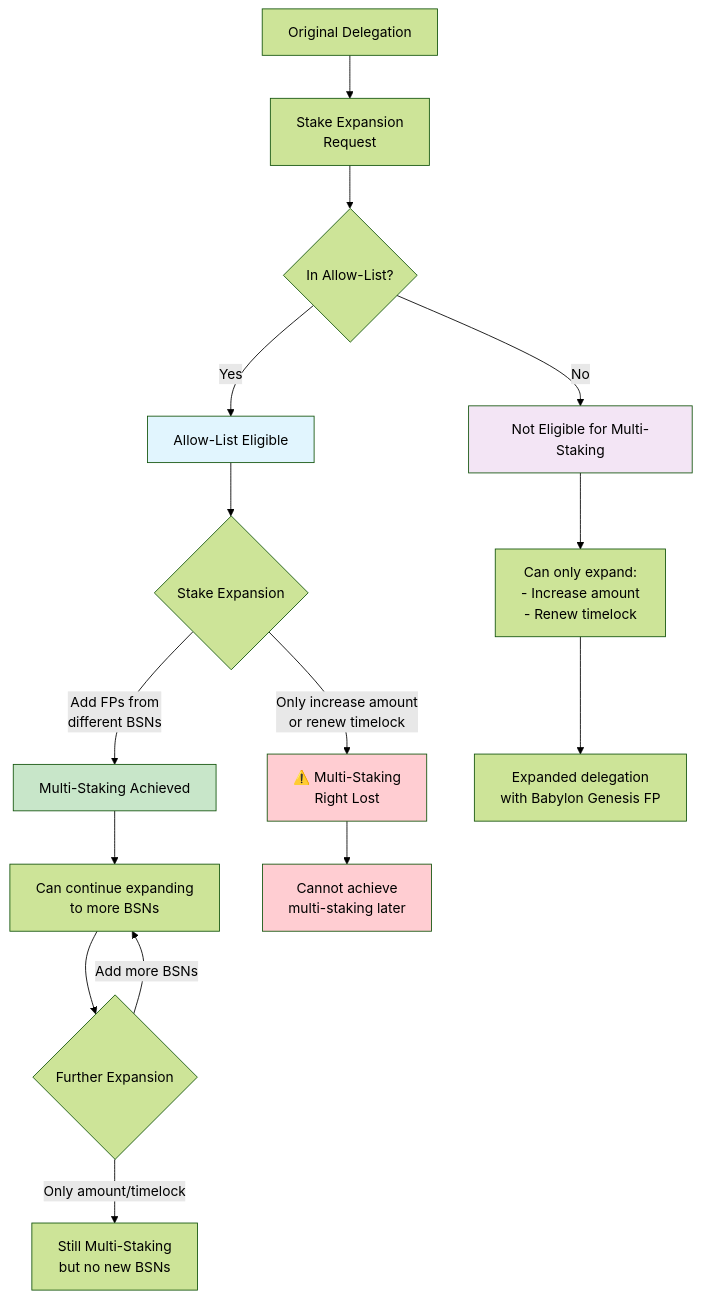
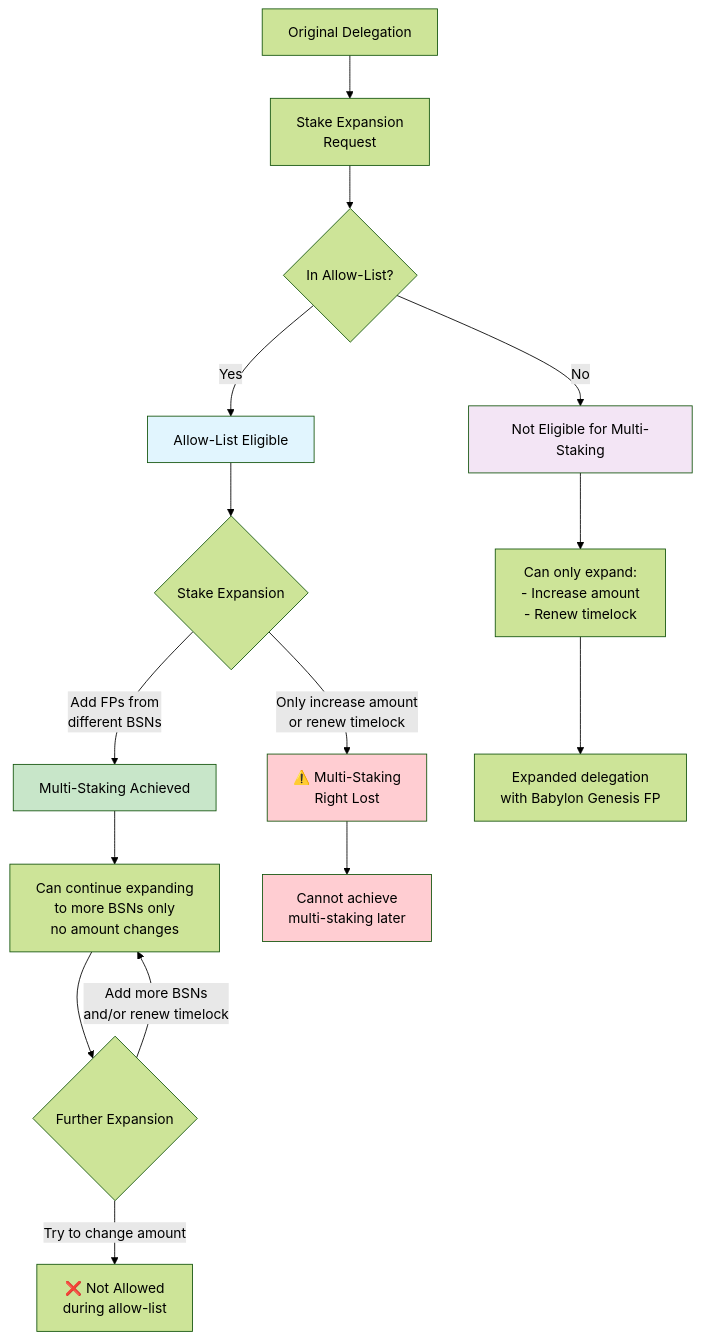
The diagram in x/btcstaking/docs/multi-staking-allow-list.md (babylonlabs-io/babylon), drawn with Mermaid (forest theme) before and after one commit. The commit also changed other lines of this file, not shown here.

Commit message:
chore(docs): update multi-staking allow-list

````diff
--- a/x/btcstaking/docs/multi-staking-allow-list.md
+++ b/x/btcstaking/docs/multi-staking-allow-list.md
@@ -69,30 +69,30 @@
 ```mermaid
 flowchart TD
     A[Original Delegation] --> B[Stake Expansion<br/>Request]
 
     B --> C{In Allow-List?}
 
     C -->|Yes| D[Allow-List Eligible]
     C -->|No| E[Not Eligible for Multi-Staking]
 
     D --> F{Stake Expansion}
     E --> G[Can only expand:<br/>- Increase amount<br/>- Renew timelock]
 
     F -->|Add FPs from<br/>different BSNs| H[Multi-Staking Achieved]
     F -->|Only increase amount<br/>or renew timelock| I[⚠️ Multi-Staking<br/>Right Lost]
 
-    H --> J[Can continue expanding<br/>to more BSNs]
+    H --> J[Can continue expanding<br/>to more BSNs only<br/>no amount changes]
     I --> K[Cannot achieve<br/>multi-staking later]
 
     J --> L{Further Expansion}
-    L -->|Add more BSNs| J
-    L -->|Only amount/timelock| M[Still Multi-Staking<br/>but no new BSNs]
+    L -->|Add more BSNs<br/>and/or renew timelock| J
+    L -->|Try to change amount| M[❌ Not Allowed<br/>during allow-list]
 
     G --> N[Expanded delegation<br/>with Babylon Genesis FP]
 
     style D fill:#e1f5fe
     style H fill:#c8e6c9
     style I fill:#ffcdd2
     style K fill:#ffcdd2
     style E fill:#f3e5f5
 ```
````
